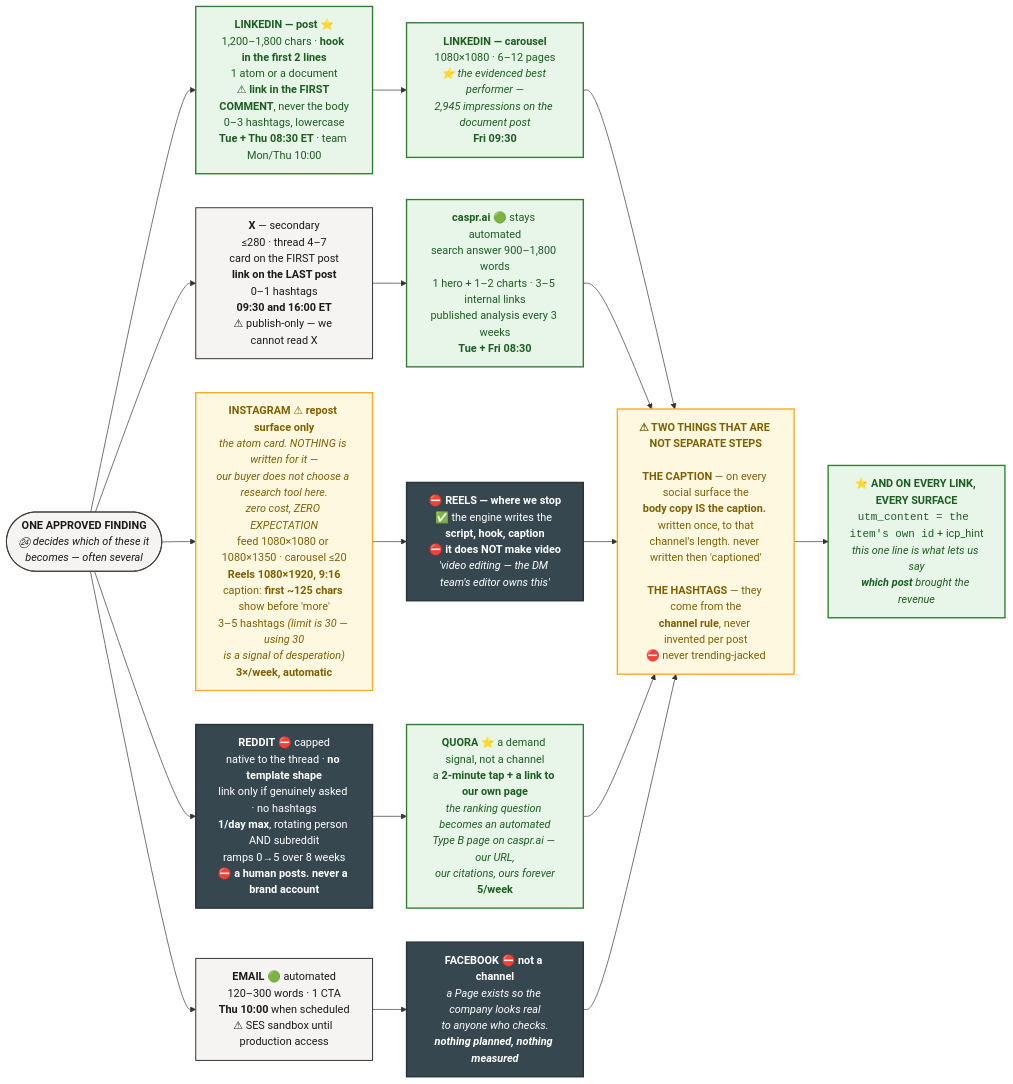
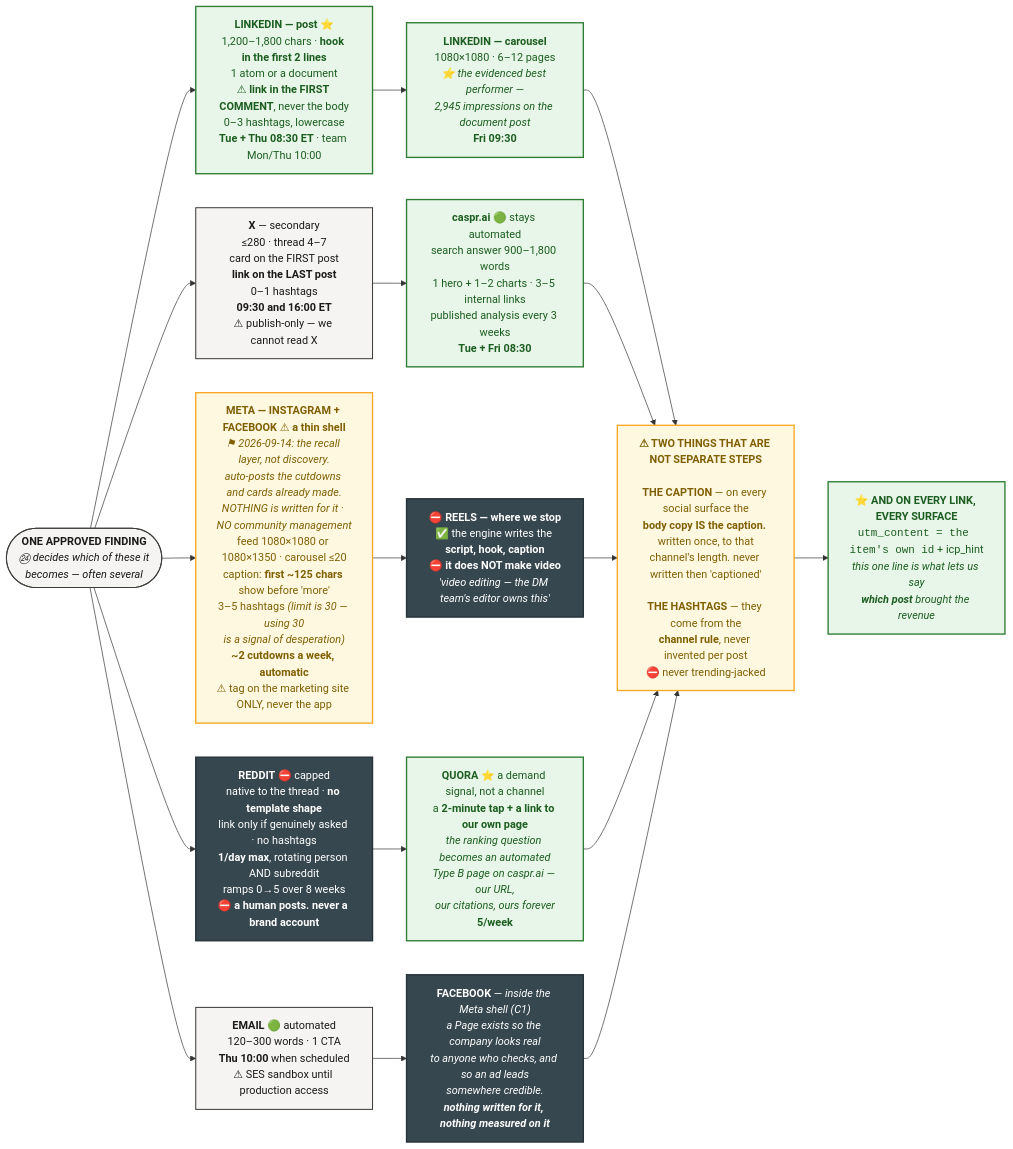
Before and after one commit to rathishreya/Caspr: the diagram in docs/gtm/flowcharts/I-platforms.mmd, drawn with Mermaid. The commit also changed 32 other files, not shown here.

```diff
--- a/docs/gtm/flowcharts/I-platforms.mmd
+++ b/docs/gtm/flowcharts/I-platforms.mmd
@@ -1,45 +1,45 @@
 flowchart LR
 
 ITEM(["<b>ONE APPROVED FINDING</b><br/><i>㉔ decides which of these it<br/>becomes — often several</i>"])
 
 ITEM --> A1 --> A2
 ITEM --> B1 --> B2
 ITEM --> C1 --> C2
 ITEM --> D1 --> D2
 
 A1["<b>LINKEDIN — post</b> ⭐<br/>1,200–1,800 chars · <b>hook in the first 2 lines</b><br/>1 atom or a document<br/>⚠ <b>link in the FIRST COMMENT</b>, never the body<br/>0–3 hashtags, lowercase<br/><b>Tue + Thu 08:30 ET</b> · team Mon/Thu 10:00"]
 A2["<b>LINKEDIN — carousel</b><br/>1080×1080 · 6–12 pages<br/><i>⭐ the evidenced best performer —<br/>2,945 impressions on the document post</i><br/><b>Fri 09:30</b>"]
 
 B1["<b>X</b> — secondary<br/>≤280 · thread 4–7<br/>card on the FIRST post<br/><b>link on the LAST post</b><br/>0–1 hashtags<br/><b>09:30 and 16:00 ET</b><br/>⚠ publish-only — we cannot read X"]
 B2["<b>caspr.ai</b> 🟢 stays automated<br/>search answer 900–1,800 words<br/>1 hero + 1–2 charts · 3–5 internal links<br/>published analysis every 3 weeks<br/><b>Tue + Fri 08:30</b>"]
 
-C1["<b>INSTAGRAM</b> ⚠ <b>repost surface only</b><br/><i>the atom card. NOTHING is written for it —<br/>our buyer does not choose a research tool here.<br/>zero cost, ZERO EXPECTATION</i><br/>feed 1080×1080 or 1080×1350 · carousel ≤20<br/><b>Reels 1080×1920, 9:16</b><br/>caption: <b>first ~125 chars</b> show before 'more'<br/>3–5 hashtags <i>(limit is 30 — using 30<br/>is a signal of desperation)</i><br/><b>3×/week, automatic</b>"]
+C1["<b>META — INSTAGRAM + FACEBOOK</b> ⚠ <b>a thin shell</b><br/><i>⚑ 2026-09-14: the recall layer, not discovery.<br/>auto-posts the cutdowns and cards already made.<br/>NOTHING is written for it · NO community management</i><br/>feed 1080×1080 or 1080×1350 · carousel ≤20<br/>caption: <b>first ~125 chars</b> show before 'more'<br/>3–5 hashtags <i>(limit is 30 — using 30<br/>is a signal of desperation)</i><br/><b>~2 cutdowns a week, automatic</b><br/>⚠ tag on the marketing site ONLY, never the app"]
 C2["⛔ <b>REELS — where we stop</b><br/>✅ the engine writes the <b>script, hook, caption</b><br/>⛔ <b>it does NOT make video</b><br/><i>'video editing — the DM team's editor owns this'</i>"]
 
 D1["<b>REDDIT</b> ⛔ capped<br/>native to the thread · <b>no template shape</b><br/>link only if genuinely asked · no hashtags<br/><b>1/day max</b>, rotating person AND subreddit<br/>ramps 0→5 over 8 weeks<br/>⛔ <b>a human posts. never a brand account</b>"]
 D2["<b>QUORA</b> ⭐ a demand signal, not a channel<br/>a <b>2-minute tap + a link to our own page</b><br/><i>the ranking question becomes an automated<br/>Type B page on caspr.ai — our URL,<br/>our citations, ours forever</i><br/><b>5/week</b>"]
 
 ITEM --> E1
 E1["<b>EMAIL</b> 🟢 automated<br/>120–300 words · 1 CTA<br/><b>Thu 10:00</b> when scheduled<br/>⚠ SES sandbox until production access"]
 E1 --> E2
-E2["<b>FACEBOOK</b> ⛔ <b>not a channel</b><br/><i>a Page exists so the company looks real<br/>to anyone who checks.<br/><b>nothing planned, nothing measured</b></i>"]
+E2["<b>FACEBOOK</b> — <i>inside the Meta shell (C1)</i><br/><i>a Page exists so the company looks real<br/>to anyone who checks, and so an ad leads<br/>somewhere credible.<br/><b>nothing written for it, nothing measured on it</b></i>"]
 
 A2 --> R
 B2 --> R
 C2 --> R
 D2 --> R
 E2 --> R
 
 R["<b>⚠ TWO THINGS THAT ARE NOT SEPARATE STEPS</b><br/><br/><b>THE CAPTION</b> — on every social surface the<br/><b>body copy IS the caption.</b> written once, to that<br/>channel's length. never written then 'captioned'<br/><br/><b>THE HASHTAGS</b> — they come from the<br/><b>channel rule</b>, never invented per post<br/>⛔ never trending-jacked"]
 
 R --> S["⭐ <b>AND ON EVERY LINK, EVERY SURFACE</b><br/><code>utm_content = the item's own id</code> + icp_hint<br/><i>this one line is what lets us say<br/><b>which post</b> brought the revenue</i>"]
 
 classDef mach fill:#f5f4f2,stroke:#3c3c3a,stroke-width:1.5px,color:#1a1a19
 classDef good fill:#e8f5e9,stroke:#2e7d32,stroke-width:2px,color:#1b5e20
 classDef warn fill:#fff8e1,stroke:#f9a825,stroke-width:2px,color:#7f5f00
 classDef stop fill:#37474f,stroke:#263238,stroke-width:2px,color:#ffffff
 class ITEM,B1 mach
 class A1,A2,B2,D2,S good
 class C1,R warn
 class C2,D1,E2 stop
 class E1 mach
```
